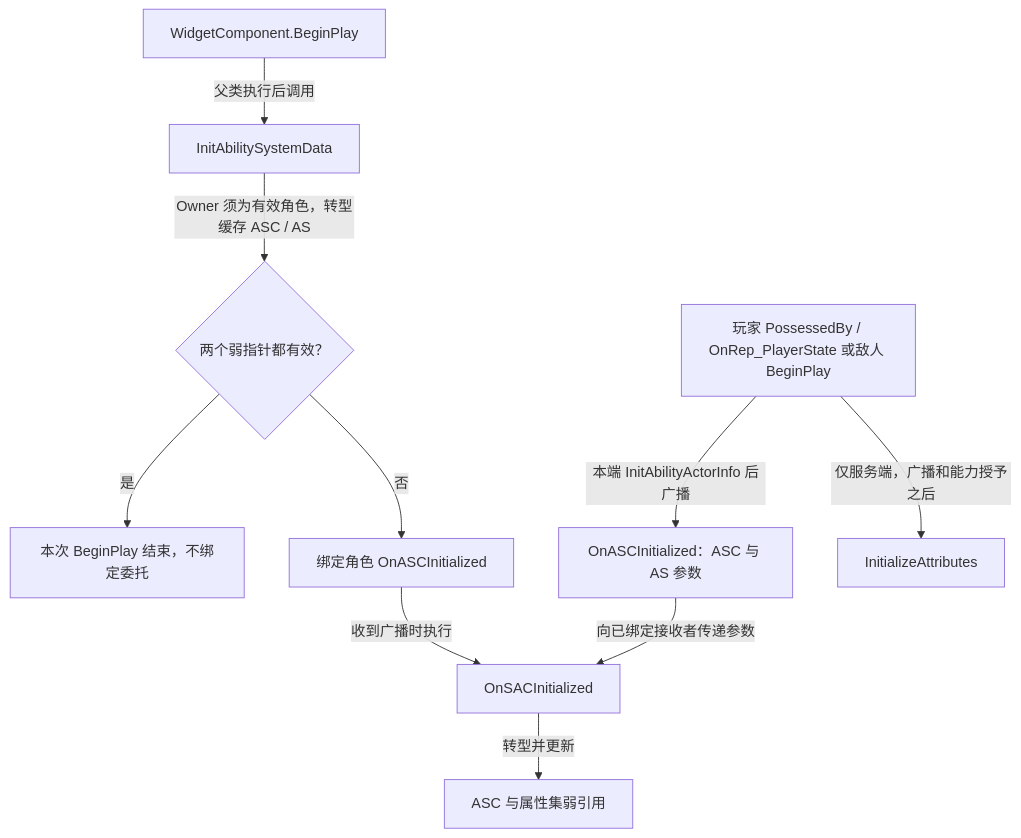
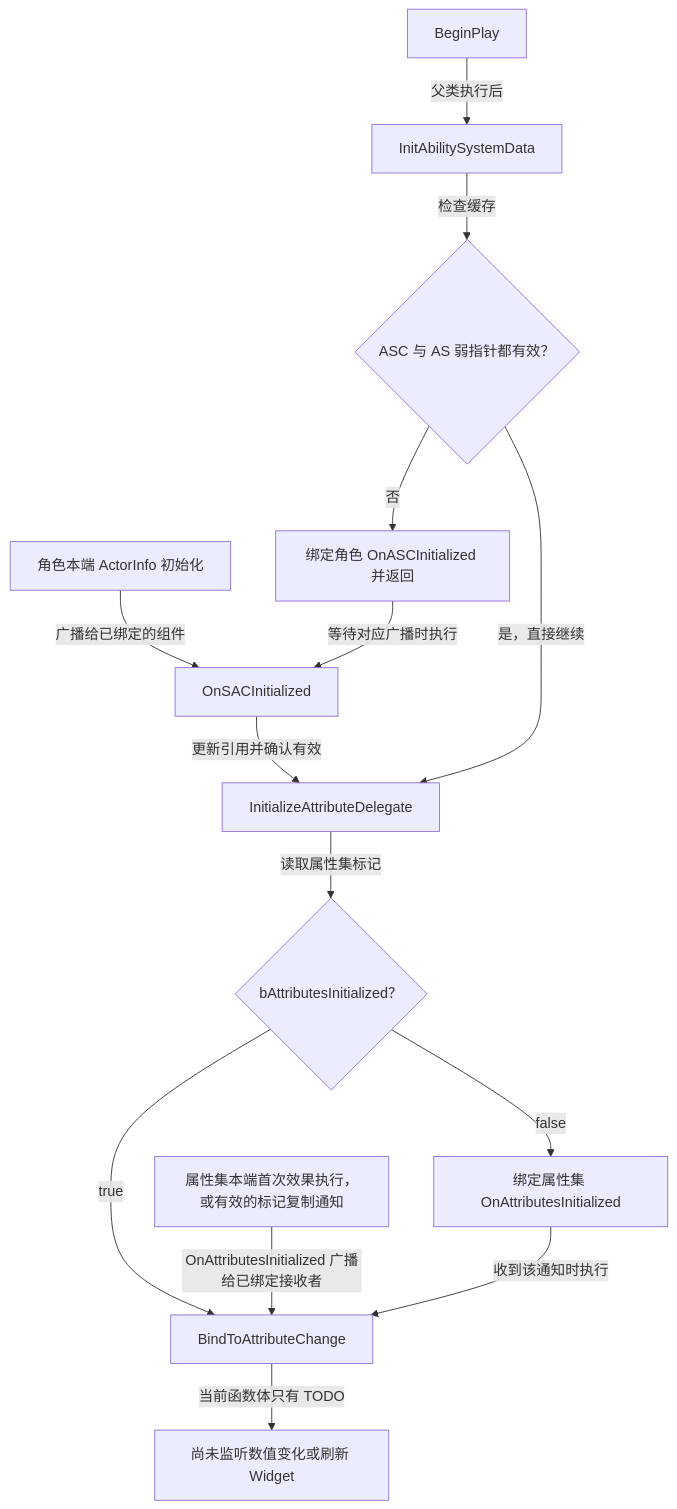
One commit to xue1ong/GAS_StudyNotes changed the diagram in UI/WidgetComponent.md. Above: the diagram before and after it, drawn with Mermaid. The commit also changed other lines of this file and 4 other files, not shown here.

First line of the commit message:
docs: clarify attribute initialization notifications and widget delegate flow

````diff
--- a/UI/WidgetComponent.md
+++ b/UI/WidgetComponent.md
@@ -76,12 +94,16 @@
 ```mermaid
 flowchart TD
-    begin["WidgetComponent.BeginPlay"] -->|"父类执行后调用"| cache["InitAbilitySystemData"]
-    cache -->|"Owner 须为有效角色，转型缓存 ASC / AS"| valid{"两个弱指针都有效？"}
-    valid -->|"是"| finish["本次 BeginPlay 结束，不绑定委托"]
-    valid -->|"否"| bind["绑定角色 OnASCInitialized"]
-    role["玩家 PossessedBy / OnRep_PlayerState 或敌人 BeginPlay"] -->|"本端 InitAbilityActorInfo 后广播"| signal["OnASCInitialized：ASC 与 AS 参数"]
-    bind -->|"收到广播时执行"| callback["OnSACInitialized"]
-    signal -->|"向已绑定接收者传递参数"| callback
-    callback -->|"转型并更新"| weak["ASC 与属性集弱引用"]
-    role -->|"仅服务端，广播和能力授予之后"| ge["InitializeAttributes"]
+    begin["BeginPlay"] -->|"父类执行后"| cache["InitAbilitySystemData"]
+    cache -->|"检查缓存"| valid{"ASC 与 AS 弱指针都有效？"}
+    valid -->|"否"| waitRole["绑定角色 OnASCInitialized 并返回"]
+    role["角色本端 ActorInfo 初始化"] -->|"广播给已绑定的组件"| callback["OnSACInitialized"]
+    waitRole -->|"等待对应广播时执行"| callback
+    callback -->|"更新引用并确认有效"| init["InitializeAttributeDelegate"]
+    valid -->|"是，直接继续"| init
+    init -->|"读取属性集标记"| ready{"bAttributesInitialized？"}
+    ready -->|"false"| waitAttributes["绑定属性集 OnAttributesInitialized"]
+    ready -->|"true"| bind["BindToAttributeChange"]
+    attributes["属性集本端首次效果执行，或有效的标记复制通知"] -->|"OnAttributesInitialized 广播给已绑定接收者"| bind
+    waitAttributes -->|"收到该通知时执行"| bind
+    bind -->|"当前函数体只有 TODO"| pending["尚未监听数值变化或刷新 Widget"]
 ```
````
